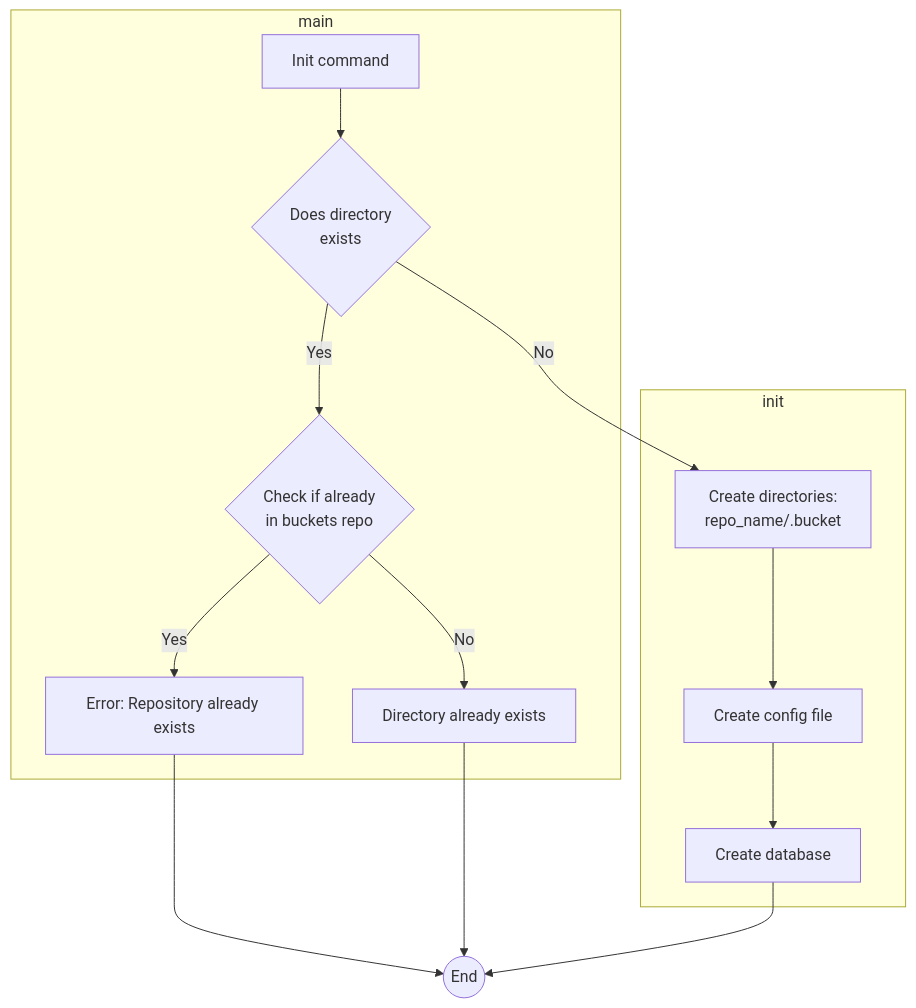
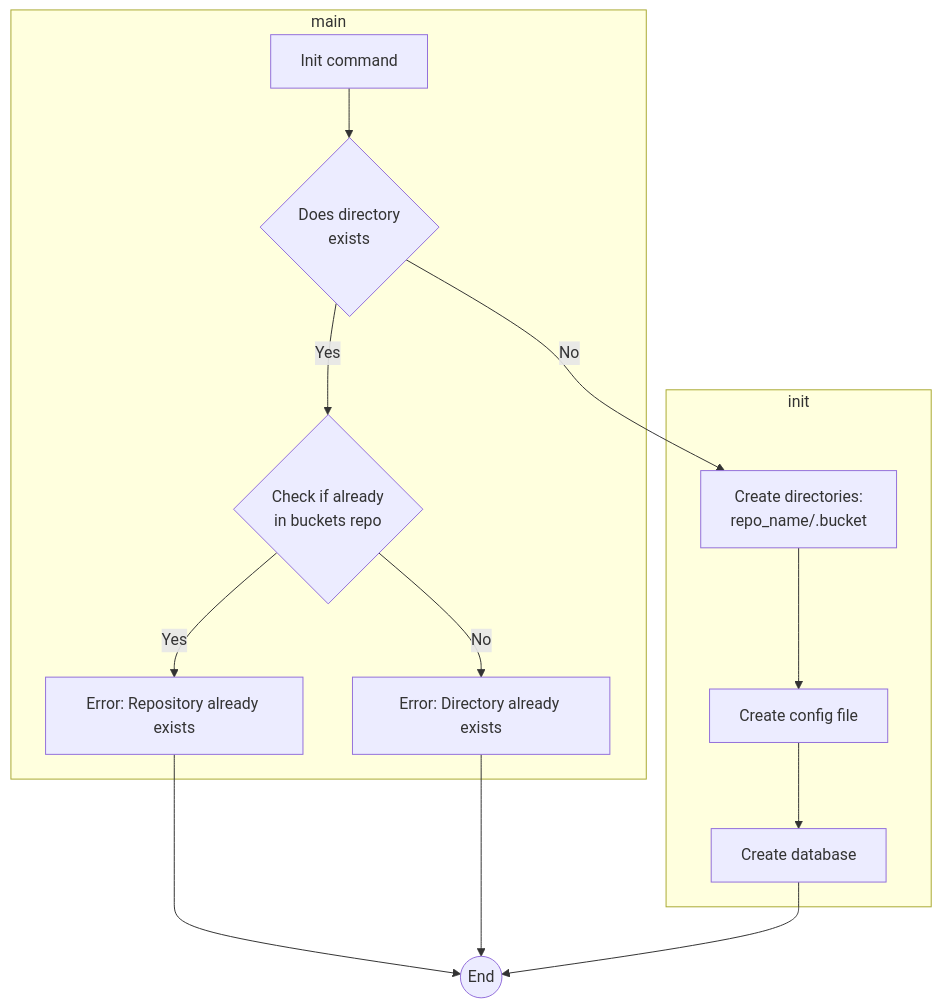
One commit to 3vilM33pl3/buckets changed the diagram in docs/commands/init.mmd. Above: the diagram before and after it, drawn with Mermaid. The commit also changed 1 other file, not shown here.

Commit message:
Adding flowcharts for commit and init cammands

```diff
--- a/docs/commands/init.mmd
+++ b/docs/commands/init.mmd
@@ -1,17 +1,17 @@
 flowchart TD
     subgraph main
         A[Init command] --> B{Does directory \n exists}
         B --> |Yes| C{Check if already \n in buckets repo}
         C --> |Yes| Z[Error: Repository already exists]
-        C --> |No| Y[Directory already exists]
+        C --> |No| Y[Error: Directory already exists]
     end
 
     subgraph init
         B --> |No| D[Create directories: \n repo_name/.bucket]
         D --> E[Create config file]
         E --> F[Create database]
     end
 
     Z --> G((End))
     Y --> G((End))
     F --> G((End))
```
